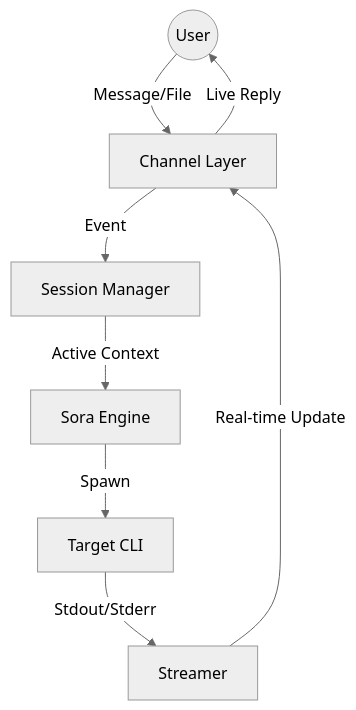
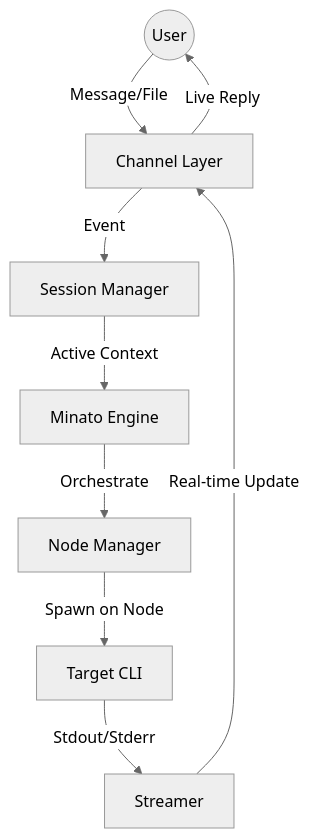
One commit to kagi-labs/minato changed the diagram in docs/ARCHITECTURE.md. Above: the diagram before and after it, drawn with Mermaid (neutral theme). The commit also changed other lines of this file, not shown here.

Commit message:
docs: add k8s and tmux/zellij session tracking to architecture

````diff
--- a/docs/ARCHITECTURE.md
+++ b/docs/ARCHITECTURE.md
@@ -4,10 +4,11 @@
 ```mermaid
 graph TD
     User((User)) -->|Message/File| Channel[Channel Layer]
     Channel -->|Event| SessionMgr[Session Manager]
-    SessionMgr -->|Active Context| Engine[Sora Engine]
-    Engine -->|Spawn| CLI[Target CLI]
+    SessionMgr -->|Active Context| Engine[Minato Engine]
+    Engine -->|Orchestrate| NodeMgr[Node Manager]
+    NodeMgr -->|Spawn on Node| CLI[Target CLI]
     CLI -->|Stdout/Stderr| Streamer[Streamer]
     Streamer -->|Real-time Update| Channel
     Channel -->|Live Reply| User
 ```
````
